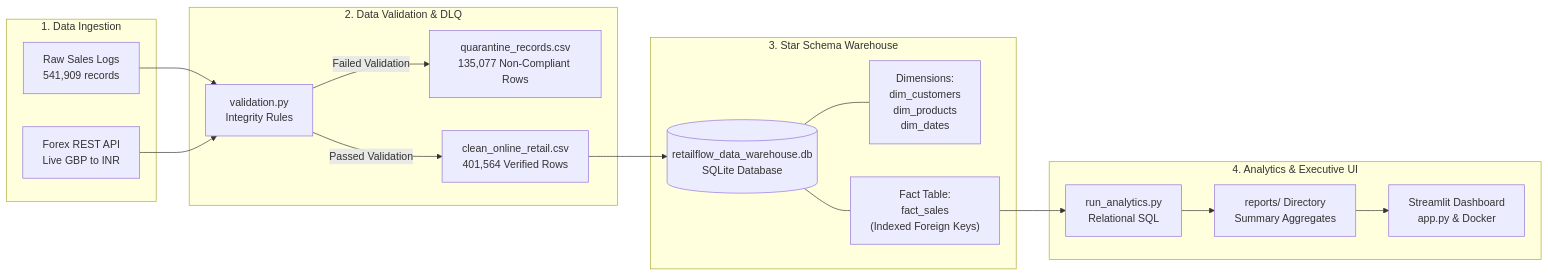
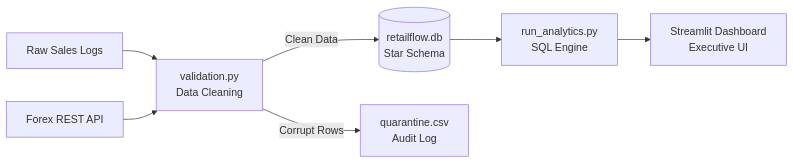
Before and after one commit to AditiAhuja01/Retail-Flow: the diagram in README.md, drawn with Mermaid. The commit also changed other lines of this file, not shown here.

Commit message:
docs: simplify architecture diagram, add live demo link, and format for dual DE and Product roles

````diff
--- a/README.md
+++ b/README.md
@@ -23,36 +28,9 @@
 ```mermaid
 flowchart LR
-    subgraph S1 ["1. Data Ingestion"]
-        A1["Raw Sales Logs<br>541,909 records"]
-        A2["Forex REST API<br>Live GBP to INR"]
-    end
-
-    subgraph S2 ["2. Data Validation & DLQ"]
-        B1["validation.py<br>Integrity Rules"]
-        B2["quarantine_records.csv<br>135,077 Non-Compliant Rows"]
-        B3["clean_online_retail.csv<br>401,564 Verified Rows"]
-    end
-
-    subgraph S3 ["3. Star Schema Warehouse"]
-        C1[("retailflow_data_warehouse.db<br>SQLite Database")]
-        C2["Dimensions:<br>dim_customers<br>dim_products<br>dim_dates"]
-        C3["Fact Table:<br>fact_sales<br>(Indexed Foreign Keys)"]
-    end
-
-    subgraph S4 ["4. Analytics & Executive UI"]
-        D1["run_analytics.py<br>Relational SQL"]
-        D2["reports/ Directory<br>Summary Aggregates"]
-        D3["Streamlit Dashboard<br>app.py & Docker"]
-    end
-
-    A1 --> B1
-    A2 --> B1
-    B1 -->|Failed Validation| B2
-    B1 -->|Passed Validation| B3
-    B3 --> C1
-    C1 --- C2
-    C1 --- C3
-    C3 --> D1
-    D1 --> D2
-    D2 --> D3
+    A["Raw Sales Logs"] --> C["validation.py<br>Data Cleaning"]
+    B["Forex REST API"] --> C
+    C -->|Clean Data| D[("retailflow.db<br>Star Schema")]
+    C -->|Corrupt Rows| E["quarantine.csv<br>Audit Log"]
+    D --> F["run_analytics.py<br>SQL Engine"]
+    F --> G["Streamlit Dashboard<br>Executive UI"]
 ```
````
